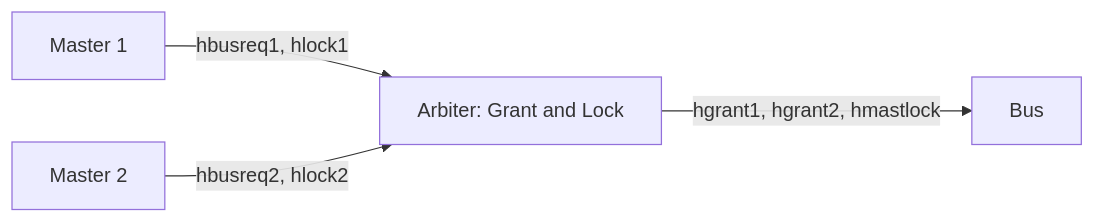
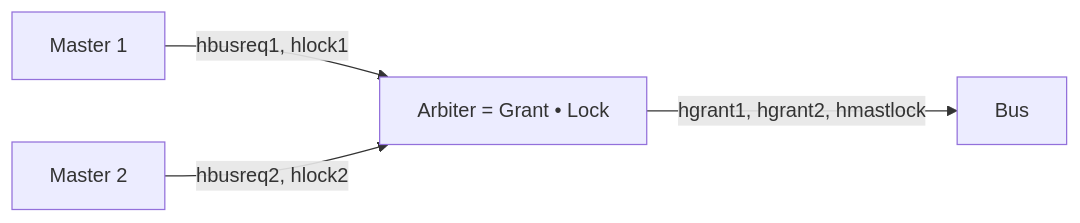
One commit to chase-cps/chase-cps.github.io changed the diagram in handbook/docs/demos/ahb.md. Above: the diagram before and after it, drawn with Mermaid. The commit also changed other lines of this file and 6 other files, not shown here.

````diff
--- a/handbook/docs/demos/ahb.md
+++ b/handbook/docs/demos/ahb.md
@@ -11,6 +16,6 @@
 ```mermaid
 flowchart LR
-    M1["Master 1"] -- "hbusreq1, hlock1" --> A["Arbiter: Grant and Lock"]
+    M1["Master 1"] -- "hbusreq1, hlock1" --> A["Arbiter = Grant • Lock"]
     M2["Master 2"] -- "hbusreq2, hlock2" --> A
     A -- "hgrant1, hgrant2, hmastlock" --> B["Bus"]
 ```
````
